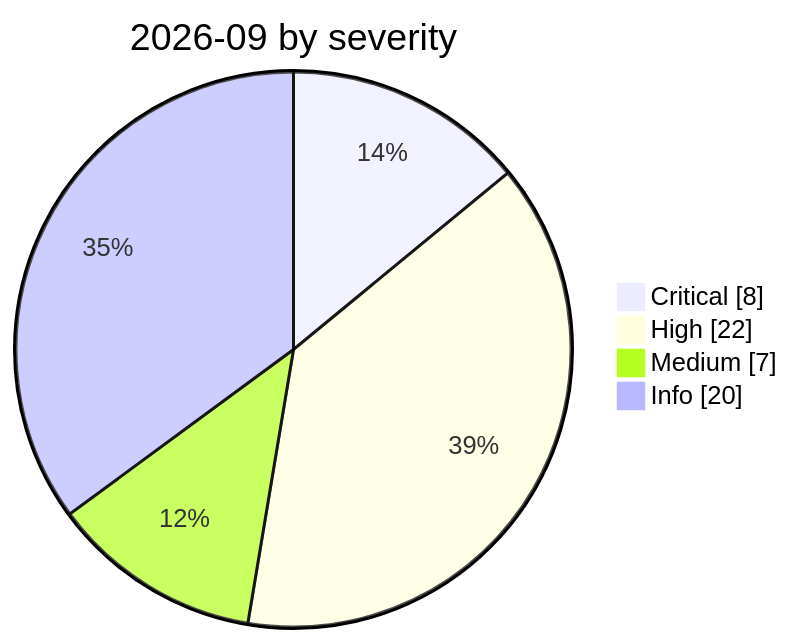
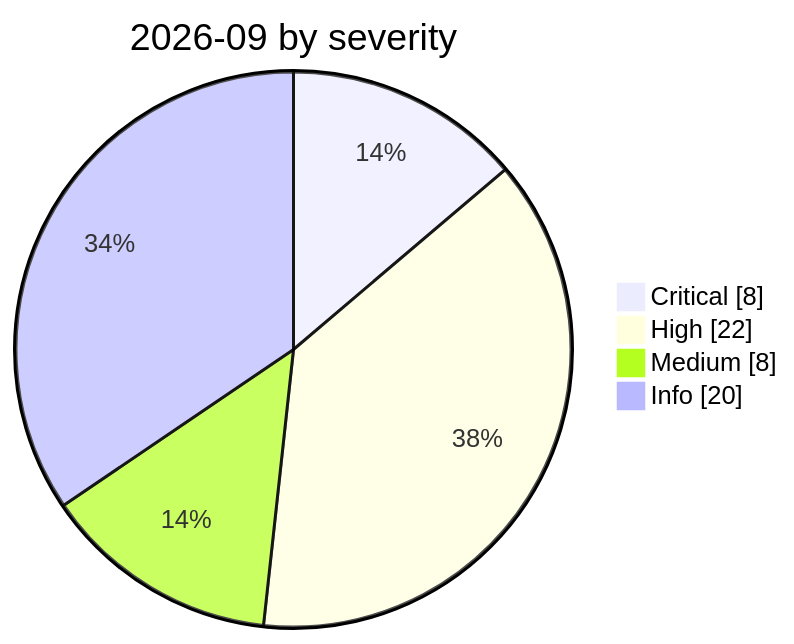
The diagram in incidents/2026-09/README.md (Continuum-AI-Corp/Orca-AI-Incident-Archive), drawn with Mermaid before and after one commit. The commit also changed other lines of this file and 30 other files, not shown here.

````diff
--- a/incidents/2026-09/README.md
+++ b/incidents/2026-09/README.md
@@ -8,8 +8,8 @@
 ```mermaid
 pie showData
     title 2026-09 by severity
     "Critical" : 8
     "High" : 22
-    "Medium" : 7
+    "Medium" : 8
     "Info" : 20
 ```
````
